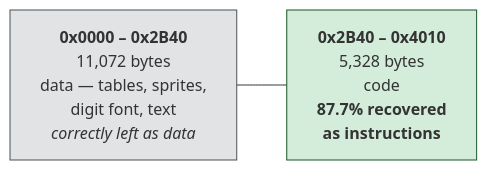
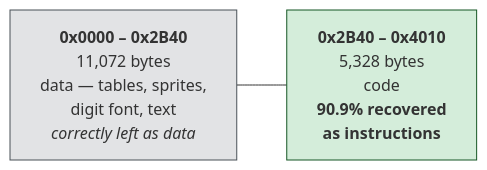
Before and after one commit to agunawijaya/retro-ports: the diagram in paratrooper/README.md, drawn with Mermaid. The commit also changed other lines of this file and 5 other files, not shown here.

````diff
--- a/paratrooper/README.md
+++ b/paratrooper/README.md
@@ -91,8 +91,8 @@
 ```mermaid
 flowchart LR
     A["<b>0x0000 – 0x2B40</b><br/>11,072 bytes<br/>data — tables, sprites,<br/>digit font, text<br/><i>correctly left as data</i>"]
-    B["<b>0x2B40 – 0x4010</b><br/>5,328 bytes<br/>code<br/><b>87.7% recovered<br/>as instructions</b>"]
+    B["<b>0x2B40 – 0x4010</b><br/>5,328 bytes<br/>code<br/><b>90.9% recovered<br/>as instructions</b>"]
     A --- B
     style A fill:#e2e3e5,stroke:#495057
     style B fill:#d4edda,stroke:#155724
 ```
````
